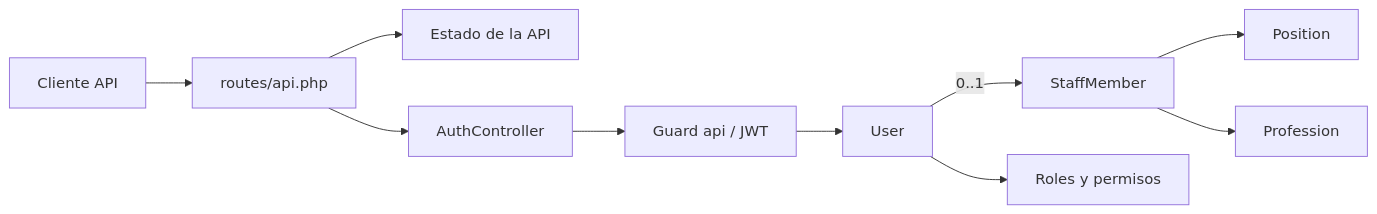
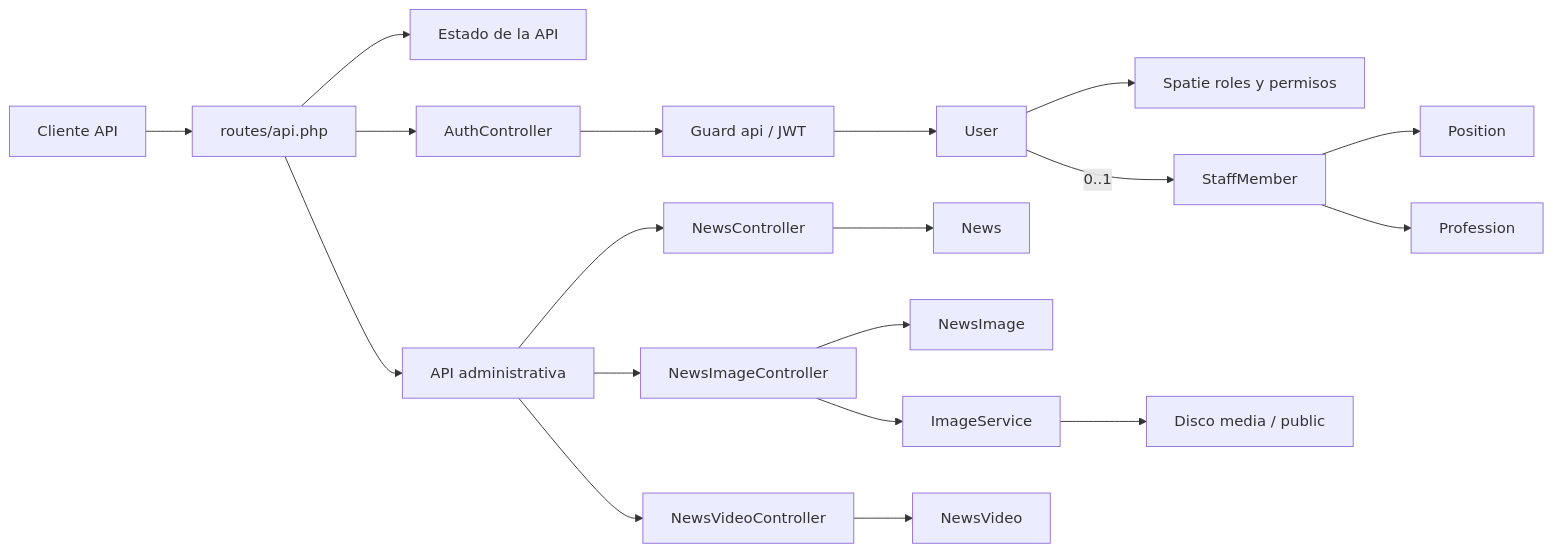
Before and after one commit to jorge-DPS/backend-sedalp: the diagram in MAPEO_PROYECTO LARAVEL.md, drawn with Mermaid. The commit also changed other lines of this file, not shown here.

````diff
--- a/MAPEO_PROYECTO LARAVEL.md
+++ b/MAPEO_PROYECTO LARAVEL.md
@@ -23,12 +82,23 @@
 ```mermaid
 flowchart LR
     Client[Cliente API] --> Routes[routes/api.php]
     Routes --> Status[Estado de la API]
     Routes --> Auth[AuthController]
+    Routes --> Admin[API administrativa]
+
     Auth --> JWT[Guard api / JWT]
     JWT --> User[User]
+    User --> Roles[Spatie roles y permisos]
     User -->|0..1| Staff[StaffMember]
     Staff --> Position[Position]
     Staff --> Profession[Profession]
-    User --> Roles[Roles y permisos]
+
+    Admin --> NewsController[NewsController]
+    Admin --> ImageController[NewsImageController]
+    Admin --> VideoController[NewsVideoController]
+    NewsController --> News[News]
+    ImageController --> NewsImage[NewsImage]
+    ImageController --> ImageService[ImageService]
+    ImageService --> Storage[Disco media / public]
+    VideoController --> NewsVideo[NewsVideo]
 ```
````
